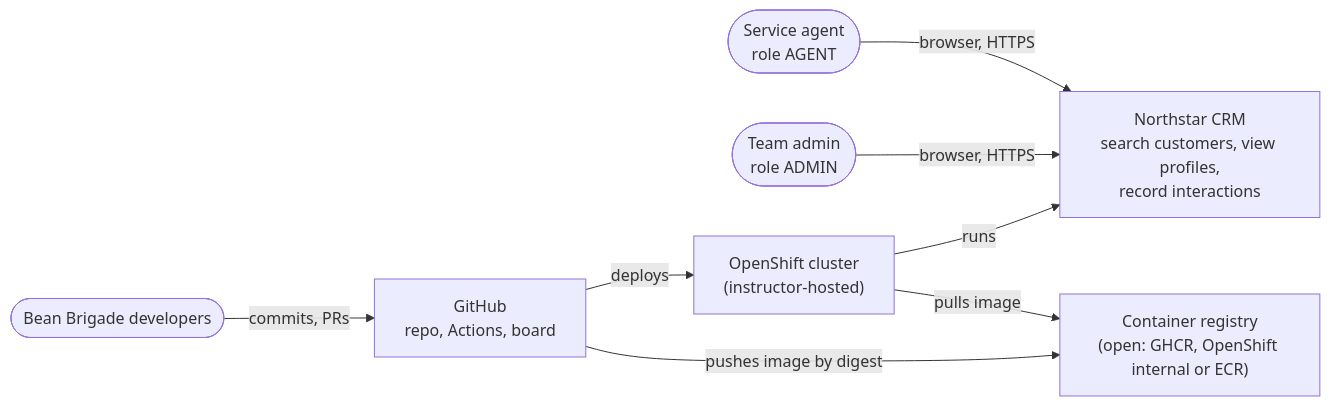
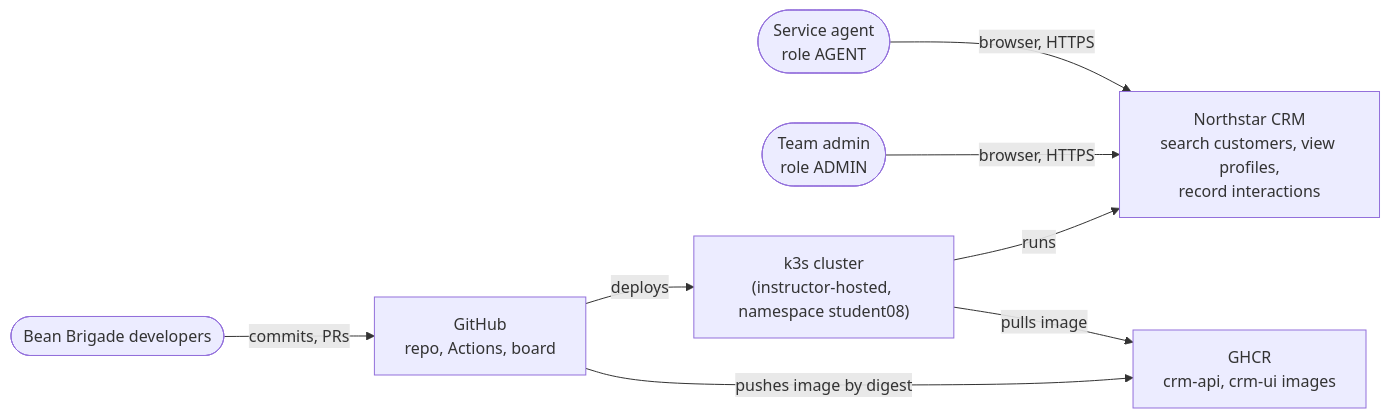
Before and after one commit to BrandonRobare/bean-brigade-customer-management-platform: the first of 7 diagrams in docs/architecture.md, drawn with Mermaid. The commit also changed other lines of this file and 25 other files, not shown here.

````diff
--- a/docs/architecture.md
+++ b/docs/architecture.md
@@ -41,17 +41,17 @@
 ```mermaid
 flowchart LR
     agent(["Service agent<br/>role AGENT"])
     admin(["Team admin<br/>role ADMIN"])
     team(["Bean Brigade developers"])
     crm["Northstar CRM<br/>search customers, view profiles,<br/>record interactions"]
     gh["GitHub<br/>repo, Actions, board"]
-    reg["Container registry<br/>(open: GHCR, OpenShift internal or ECR)"]
-    ocp["OpenShift cluster<br/>(instructor-hosted)"]
+    reg["GHCR<br/>crm-api, crm-ui images"]
+    ocp["k3s cluster<br/>(instructor-hosted, namespace student08)"]
     agent -->|" browser, HTTPS "| crm
     admin -->|" browser, HTTPS "| crm
     team -->|" commits, PRs "| gh
     gh -->|" pushes image by digest "| reg
     gh -->|" deploys "| ocp
     ocp -->|" pulls image "| reg
     ocp -->|" runs "| crm
 ```
````
